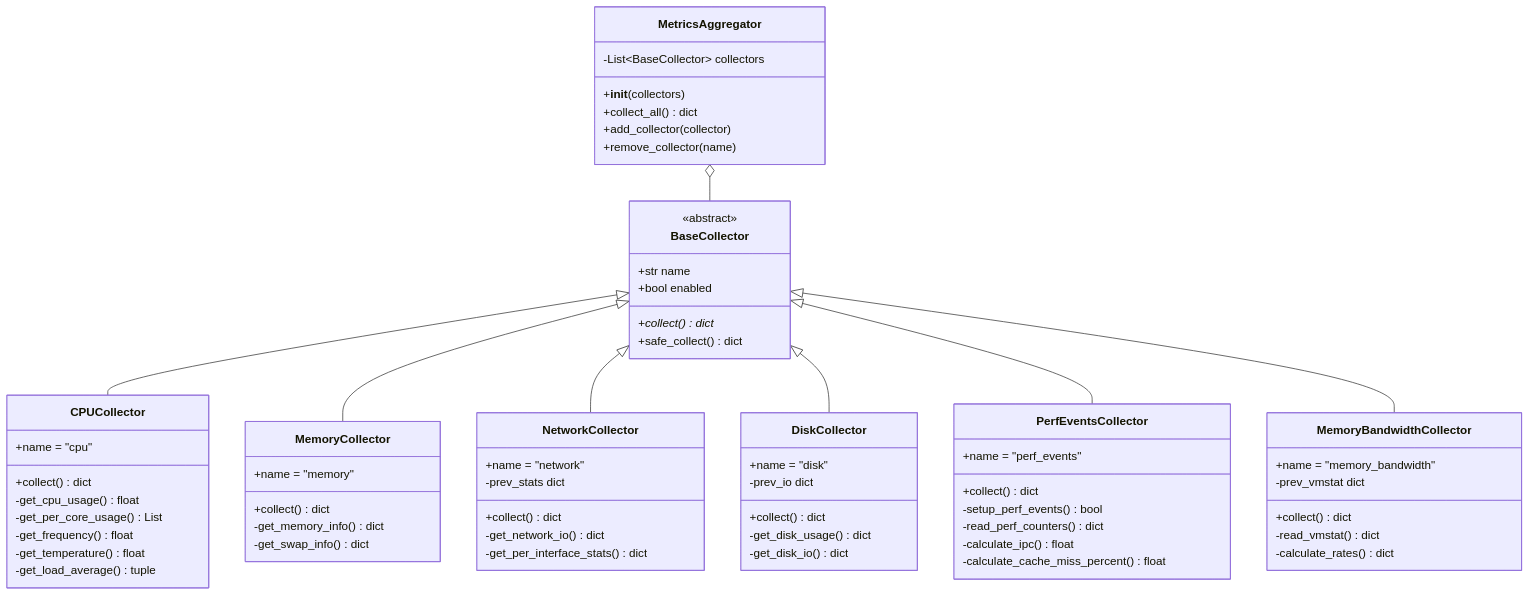
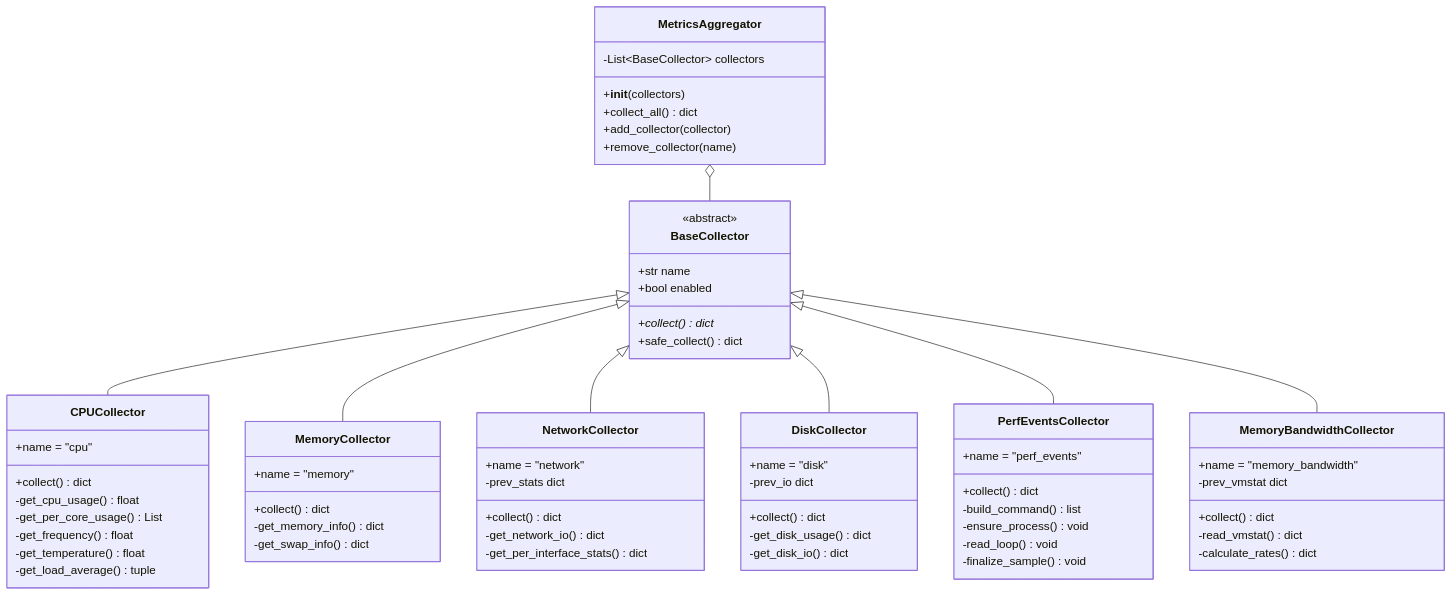
One commit to zhyndalf/perfwatch changed the diagram in docs/diagrams/developers/classes/collectors.md. Above: the diagram before and after it, drawn with Mermaid. The commit also changed other lines of this file and 52 other files, not shown here.

````diff
--- a/docs/diagrams/developers/classes/collectors.md
+++ b/docs/diagrams/developers/classes/collectors.md
@@ -11,76 +11,76 @@
 ```mermaid
 classDiagram
     class BaseCollector {
         <<abstract>>
         +str name
         +bool enabled
         +collect()* dict
         +safe_collect() dict
     }
 
     class MetricsAggregator {
         -List~BaseCollector~ collectors
         +__init__(collectors)
         +collect_all() dict
         +add_collector(collector)
         +remove_collector(name)
     }
 
     class CPUCollector {
         +name = "cpu"
         +collect() dict
         -get_cpu_usage() float
         -get_per_core_usage() List
         -get_frequency() float
         -get_temperature() float
         -get_load_average() tuple
     }
 
     class MemoryCollector {
         +name = "memory"
         +collect() dict
         -get_memory_info() dict
         -get_swap_info() dict
     }
 
     class NetworkCollector {
         +name = "network"
         +collect() dict
         -get_network_io() dict
         -get_per_interface_stats() dict
         -prev_stats dict
     }
 
     class DiskCollector {
         +name = "disk"
         +collect() dict
         -get_disk_usage() dict
         -get_disk_io() dict
         -prev_io dict
     }
 
     class PerfEventsCollector {
         +name = "perf_events"
         +collect() dict
-        -setup_perf_events() bool
-        -read_perf_counters() dict
-        -calculate_ipc() float
-        -calculate_cache_miss_percent() float
+        -build_command() list
+        -ensure_process() void
+        -read_loop() void
+        -finalize_sample() void
     }
 
     class MemoryBandwidthCollector {
         +name = "memory_bandwidth"
         +collect() dict
         -read_vmstat() dict
         -calculate_rates() dict
         -prev_vmstat dict
     }
 
     BaseCollector <|-- CPUCollector
     BaseCollector <|-- MemoryCollector
     BaseCollector <|-- NetworkCollector
     BaseCollector <|-- DiskCollector
     BaseCollector <|-- PerfEventsCollector
     BaseCollector <|-- MemoryBandwidthCollector
     MetricsAggregator o-- BaseCollector
 ```
````
